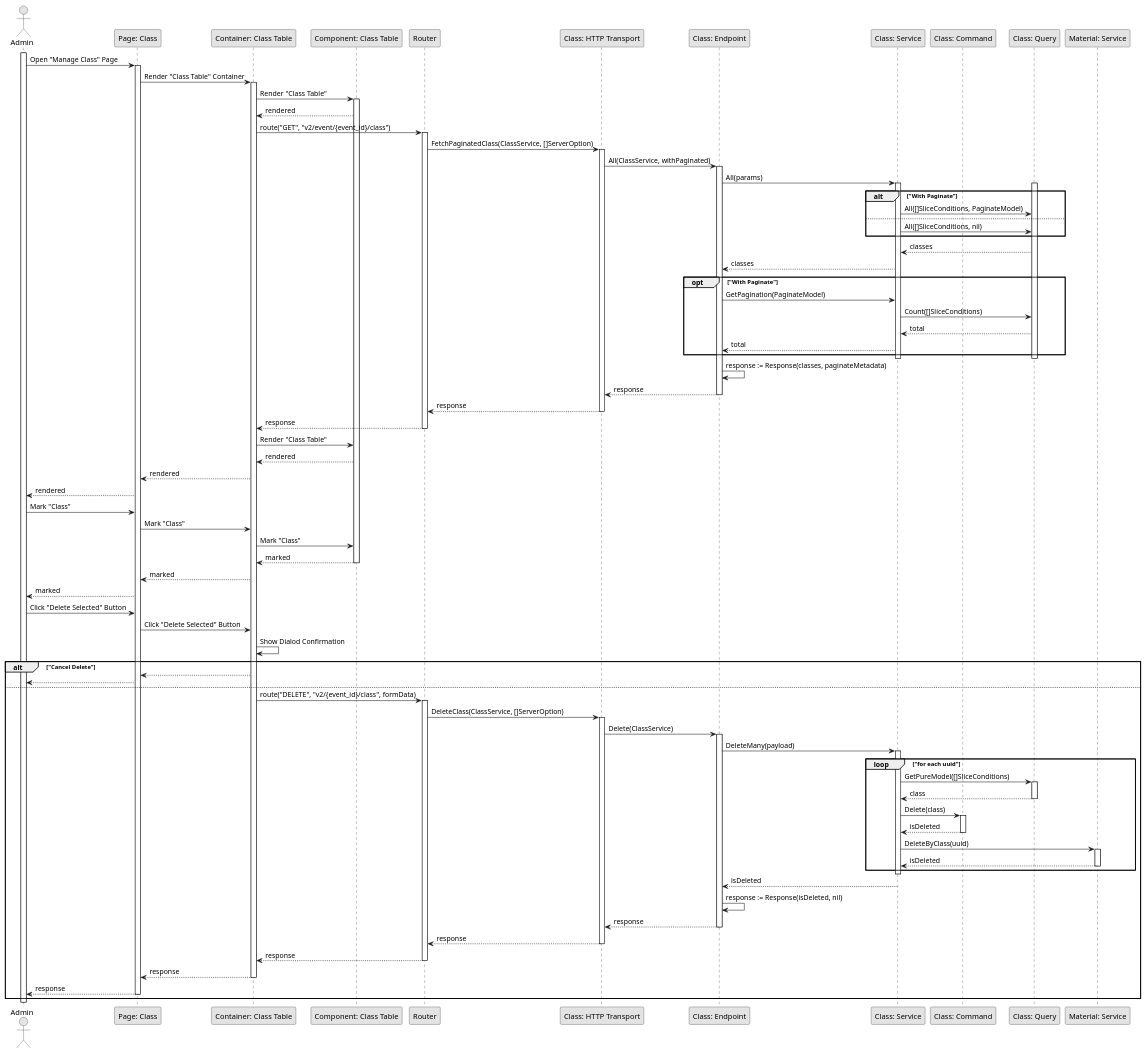
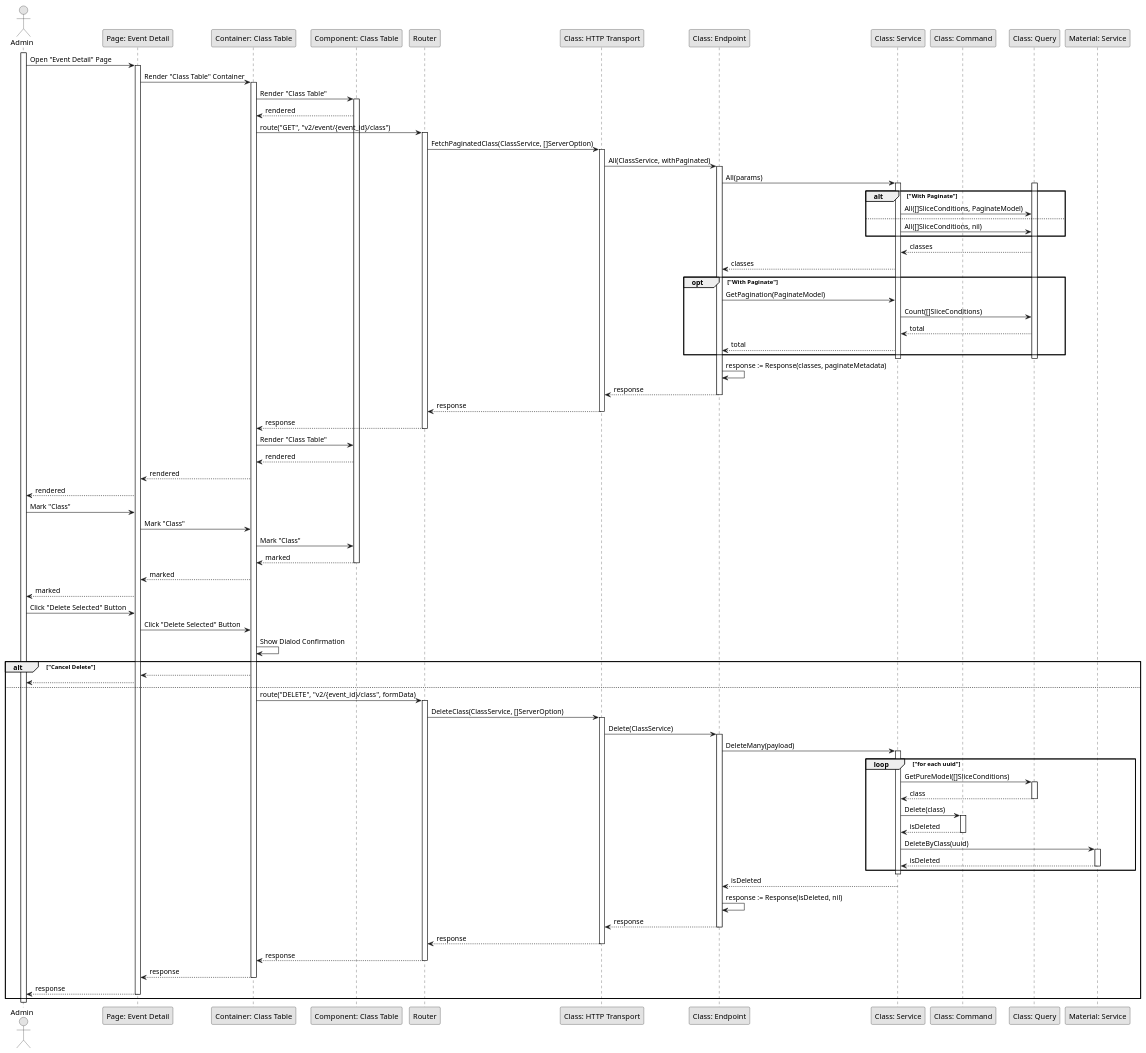
One commit to fwidjaya20/fazzlearning-uml changed the diagram in Sequence/Release01/DeleteClass.wsd. Above: the diagram before and after it, drawn with PlantUML. The commit also changed 1 other file, not shown here.

Commit message:
sequence: update delete class and event flow

```diff
--- a/Sequence/Release01/DeleteClass.wsd
+++ b/Sequence/Release01/DeleteClass.wsd
@@ -1,125 +1,125 @@
 @startuml DeleteClass
 
 skinparam Monochrome true
 skinparam Shadowing false
 
 actor Admin
-participant "Page: Class" as ClassPage
+participant "Page: Event Detail" as EventDetailPage
 participant "Container: Class Table" as ClassTableContainer
 participant "Component: Class Table" as ClassTable
 participant "Router" as Router
 participant "Class: HTTP Transport" as ClassHTTPTransport
 participant "Class: Endpoint" as ClassEndpoint
 participant "Class: Service" as ClassService
 participant "Class: Command" as ClassCommand
 participant "Class: Query" as ClassQuery
 participant "Material: Service" as MaterialService
 
 activate Admin
 
-Admin->ClassPage: Open "Manage Class" Page
-activate ClassPage
-ClassPage->ClassTableContainer: Render "Class Table" Container
+Admin->EventDetailPage: Open "Event Detail" Page
+activate EventDetailPage
+EventDetailPage->ClassTableContainer: Render "Class Table" Container
 activate ClassTableContainer
 ClassTableContainer->ClassTable: Render "Class Table"
 activate ClassTable
 ClassTable-->ClassTableContainer: rendered
 ClassTableContainer->Router: route("GET", "v2/event/{event_id}/class")
 activate Router
 Router->ClassHTTPTransport: FetchPaginatedClass(ClassService, []ServerOption)
 activate ClassHTTPTransport
 ClassHTTPTransport->ClassEndpoint: All(ClassService, withPaginated)
 activate ClassEndpoint
 ClassEndpoint->ClassService: All(params)
 
 activate ClassService
 activate ClassQuery
 alt "With Paginate"
     ClassService->ClassQuery: All([]SliceConditions, PaginateModel)
 else
     ClassService->ClassQuery: All([]SliceConditions, nil)
 end
 ClassQuery-->ClassService: classes
 ClassService-->ClassEndpoint: classes
 
 opt "With Paginate"
     ClassEndpoint->ClassService: GetPagination(PaginateModel)
     ClassService->ClassQuery: Count([]SliceConditions)
     ClassQuery-->ClassService: total
     ClassService-->ClassEndpoint: total
 end
 deactivate ClassQuery
 deactivate ClassService
 
 ClassEndpoint->ClassEndpoint: response := Response(classes, paginateMetadata)
 ClassEndpoint-->ClassHTTPTransport: response
 deactivate ClassEndpoint
 ClassHTTPTransport-->Router: response
 deactivate ClassHTTPTransport
 Router-->ClassTableContainer: response
 deactivate Router
 ClassTableContainer->ClassTable: Render "Class Table"
 ClassTable-->ClassTableContainer: rendered
-ClassTableContainer-->ClassPage: rendered
-ClassPage-->Admin: rendered
+ClassTableContainer-->EventDetailPage: rendered
+EventDetailPage-->Admin: rendered
 
-Admin->ClassPage: Mark "Class"
-ClassPage->ClassTableContainer: Mark "Class"
+Admin->EventDetailPage: Mark "Class"
+EventDetailPage->ClassTableContainer: Mark "Class"
 ClassTableContainer->ClassTable: Mark "Class"
 ClassTable-->ClassTableContainer: marked
 deactivate ClassTable
-ClassTableContainer-->ClassPage: marked
-ClassPage-->Admin: marked
+ClassTableContainer-->EventDetailPage: marked
+EventDetailPage-->Admin: marked
 
-Admin->ClassPage: Click "Delete Selected" Button
-ClassPage->ClassTableContainer: Click "Delete Selected" Button
+Admin->EventDetailPage: Click "Delete Selected" Button
+EventDetailPage->ClassTableContainer: Click "Delete Selected" Button
 ClassTableContainer->ClassTableContainer: Show Dialod Confirmation
 
 alt "Cancel Delete"
-    ClassTableContainer-->ClassPage
-    ClassPage-->Admin
+    ClassTableContainer-->EventDetailPage
+    EventDetailPage-->Admin
 else
     ClassTableContainer->Router: route("DELETE", "v2/{event_id}/class", formData)
     activate Router
     Router->ClassHTTPTransport: DeleteClass(ClassService, []ServerOption)
     activate ClassHTTPTransport
     ClassHTTPTransport->ClassEndpoint: Delete(ClassService)
     activate ClassEndpoint
     ClassEndpoint->ClassService: DeleteMany(payload)
 
     activate ClassService
     loop "for each uuid"
         ClassService->ClassQuery: GetPureModel([]SliceConditions)
         activate ClassQuery
         ClassQuery-->ClassService: class
         deactivate ClassQuery
 
         ClassService->ClassCommand: Delete(class)
         activate ClassCommand
         ClassCommand-->ClassService: isDeleted
         deactivate ClassCommand
 
         ClassService->MaterialService: DeleteByClass(uuid)
         activate MaterialService
         MaterialService-->ClassService: isDeleted
         deactivate MaterialService
     end
     deactivate ClassService
     
     ClassService-->ClassEndpoint: isDeleted
     ClassEndpoint->ClassEndpoint: response := Response(isDeleted, nil)
     ClassEndpoint-->ClassHTTPTransport: response
     deactivate ClassEndpoint
     ClassHTTPTransport-->Router: response
     deactivate ClassHTTPTransport
     Router-->ClassTableContainer: response
     deactivate Router
-    ClassTableContainer-->ClassPage: response
+    ClassTableContainer-->EventDetailPage: response
     deactivate ClassTableContainer
-    ClassPage-->Admin: response
-    deactivate ClassPage
+    EventDetailPage-->Admin: response
+    deactivate EventDetailPage
 end
 
 deactivate Admin
 
 @enduml
```
